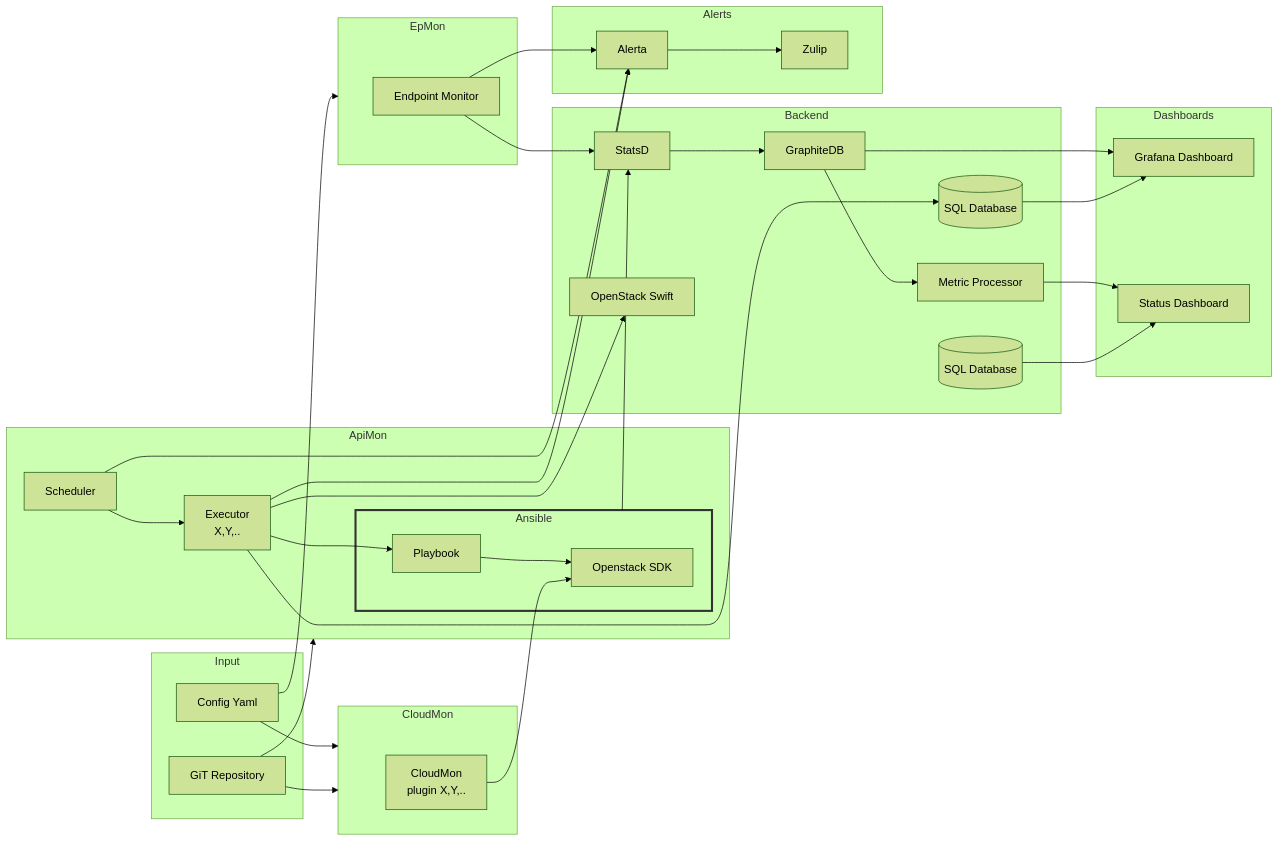
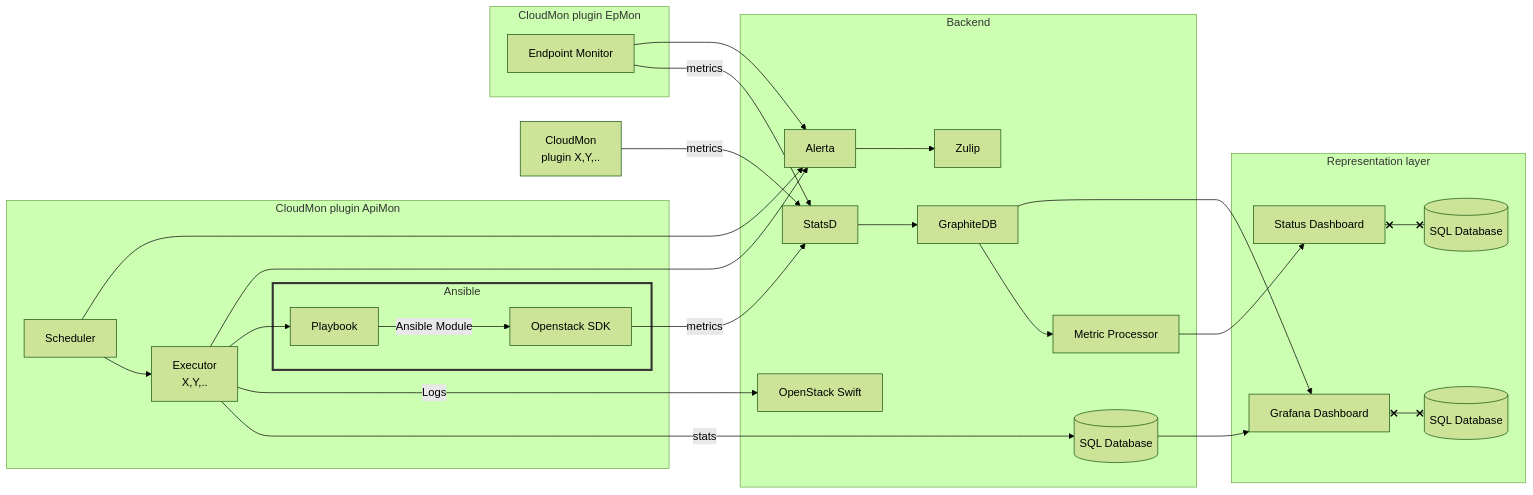
The diagram in docs/index.md (stackmon/stackmon.github.io), drawn with Mermaid (forest theme) before and after one commit.

Commit message:
improving the diagram based on feedback

````diff
--- a/docs/index.md
+++ b/docs/index.md
@@ -33,81 +33,65 @@
 ```mermaid
 flowchart LR
 
 Z[Zulip]
 A[Alerta]
 StatsD[StatsD]
 Swift[OpenStack Swift]
-G[GraphiteDB]
+Graphite[GraphiteDB]
 M[Metric Processor]
-D[Grafana Dashboard]
+Grafana[Grafana Dashboard]
 DB1[(SQL Database)]
 DB2[(SQL Database)]
+DB3[(SQL Database)]
 SD[Status Dashboard]
-GIT[GiT Repository]
-YAML[Config Yaml]
 
-subgraph ApiMon
+
+subgraph CloudMon plugin ApiMon
     SCH[Scheduler]
     EX[Executor\n X,Y,..]
     subgraph Ansible
         style Ansible stroke:#333,stroke-width:3px;
         P[Playbook]
         SDK[Openstack SDK]
     end
 end
 
-subgraph EpMon
+subgraph CloudMon plugin EpMon
     E[Endpoint Monitor]
 
 end
 
-subgraph CloudMon
-    C[CloudMon\n plugin X,Y,..]
-end
+C[CloudMon\n plugin X,Y,..]
+
 subgraph Backend
+    A
+    Z
     StatsD
-    G
+    Graphite
     M
     DB1
-    DB2
     Swift
 end
-subgraph Input
-    YAML
-    GIT
+
+subgraph Representation layer
+        Grafana
+        DB2
+        SD
+        DB3
 end
 
-subgraph Alerts
-    A
-    Z
-end
-
-subgraph Dashboards
-    D
-    SD
-end
-
-YAML --> EpMon
-YAML --> CloudMon
-GIT --> CloudMon
-GIT --> ApiMon
-P --> SDK
+P --> |Ansible Module| SDK
 A --> Z
-StatsD --> G
-E --> A
-E --> StatsD
-SCH --> A
+StatsD --> Graphite
 SCH --> EX
-EX --> A
-C --> SDK
-G --> D
-G --> M
+Graphite --> M
 M --> SD
-EX --> DB1
-DB2 --> SD
-DB1 --> D
-EX --> Swift
-Ansible --> StatsD
-
+EX --> |stats| DB1
+EX --> |Logs| Swift
 EX --> P
+C & SDK & E --> |metrics| StatsD
+E & SCH & EX --> A
+DB1 & Graphite  --> Grafana
+Grafana x--x DB2
+SD x--x DB3
 ```
````
